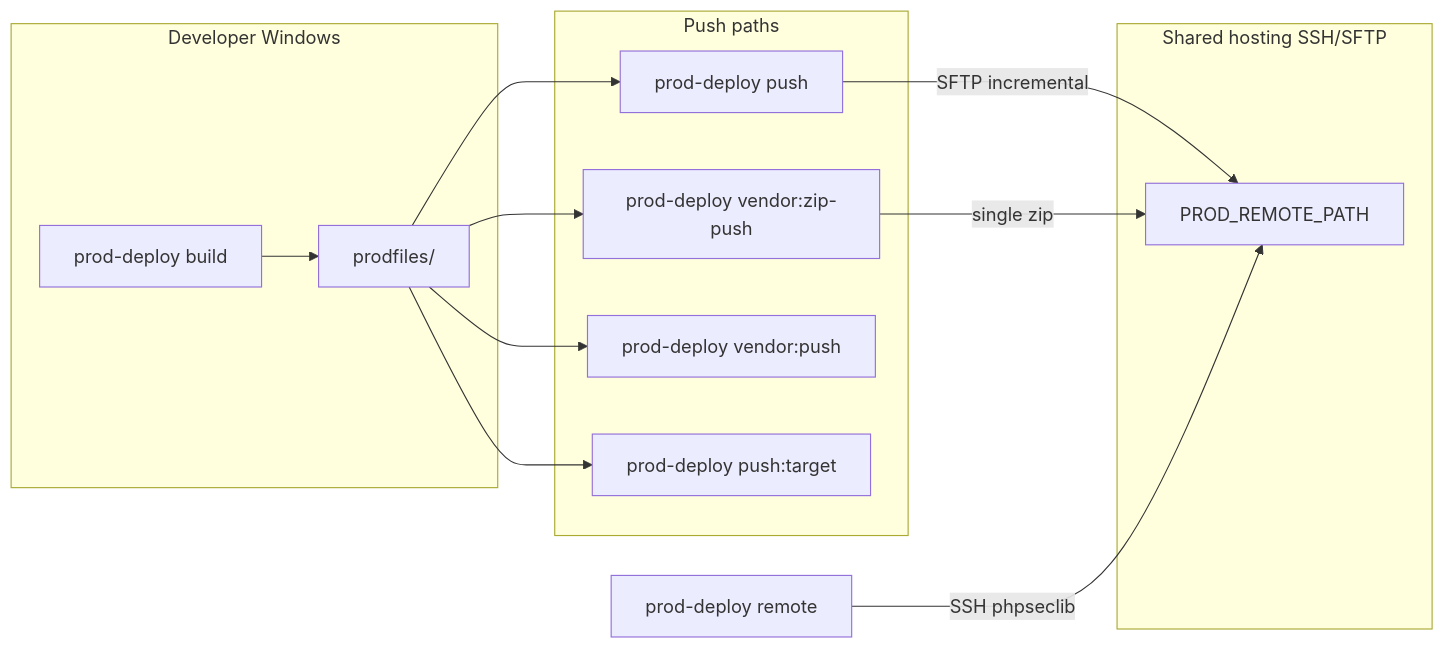
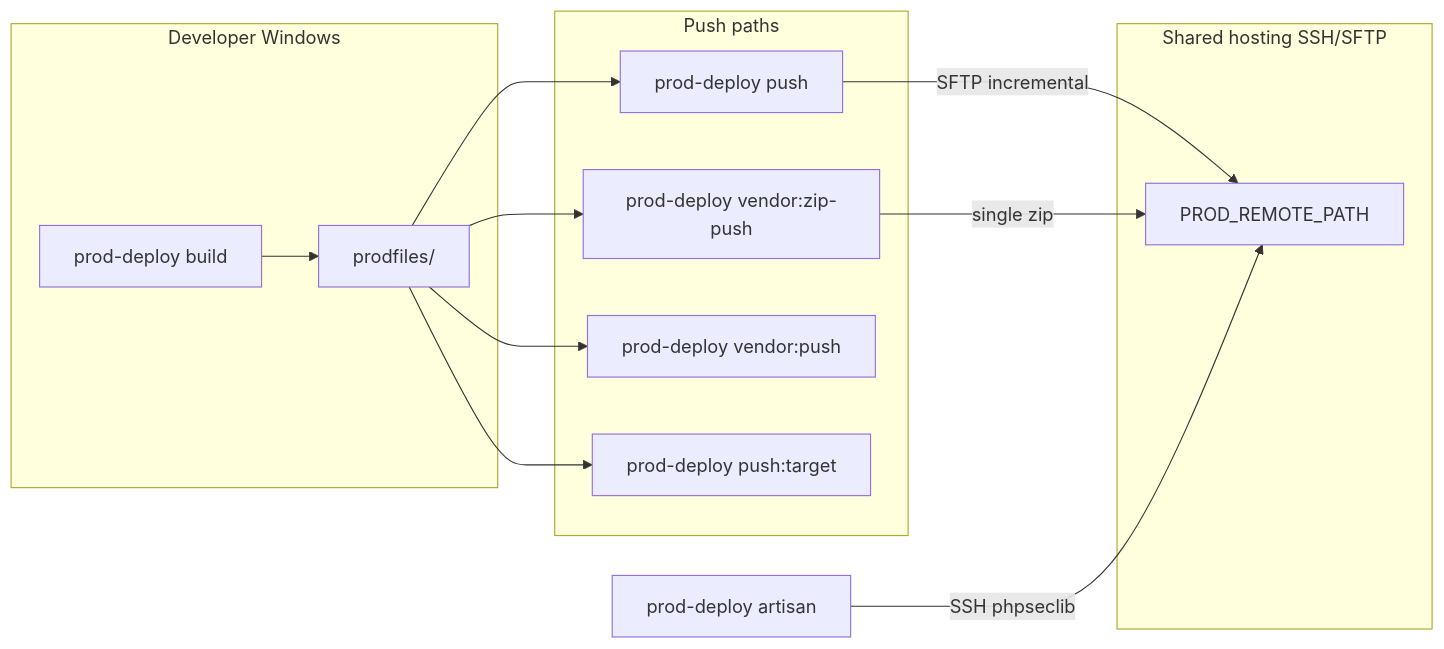
Before and after one commit to dhirimetaa/laravel-prod-deploy: the diagram in docs/ARCHITECTURE.md, drawn with Mermaid. The commit also changed other lines of this file and 12 other files, not shown here.

````diff
--- a/docs/ARCHITECTURE.md
+++ b/docs/ARCHITECTURE.md
@@ -5,24 +5,24 @@
 ```mermaid
 flowchart LR
   subgraph dev [Developer Windows]
     build[prod-deploy build]
     prodfiles[prodfiles/]
     build --> prodfiles
   end
   subgraph push [Push paths]
     appPush[prod-deploy push]
     vendorZip[prod-deploy vendor:zip-push]
     vendorInc[prod-deploy vendor:push]
     target[prod-deploy push:target]
   end
   subgraph host [Shared hosting SSH/SFTP]
     appRoot[PROD_REMOTE_PATH]
   end
   prodfiles --> appPush
   prodfiles --> vendorZip
   prodfiles --> vendorInc
   prodfiles --> target
   appPush -->|SFTP incremental| appRoot
   vendorZip -->|single zip| appRoot
-  remoteCmd[prod-deploy remote] -->|SSH phpseclib| appRoot
+  remoteCmd[prod-deploy artisan] -->|SSH phpseclib| appRoot
 ```
````
